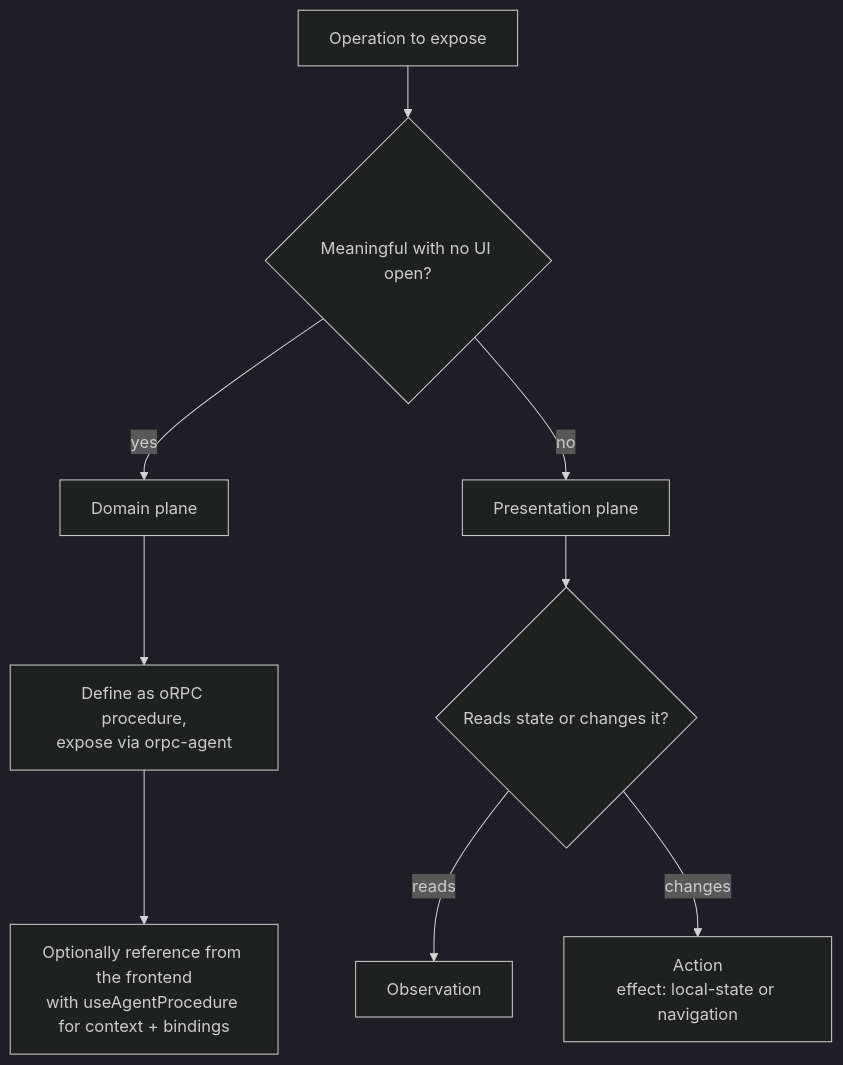
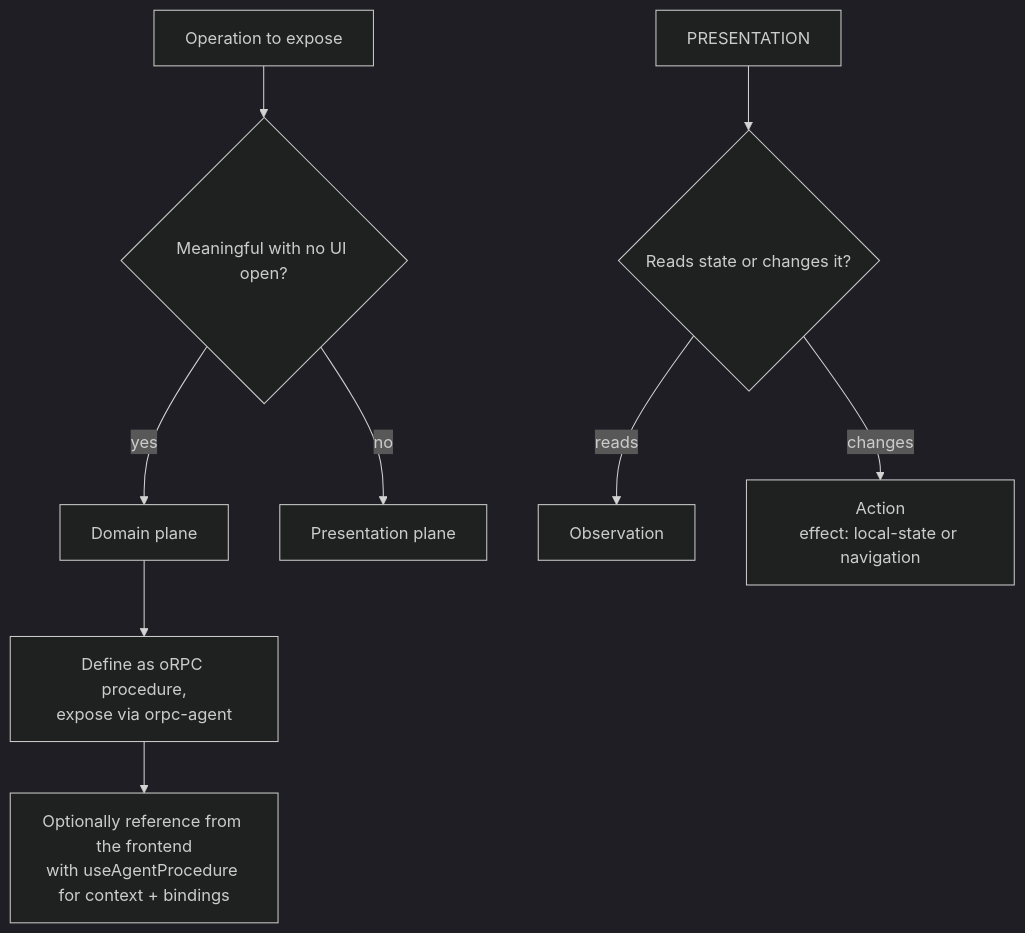
One commit to Wiseair-srl/agent-surface changed the diagram in docs/01-concepts.md. Above: the diagram before and after it, drawn with Mermaid (dark theme). The commit also changed other lines of this file and 55 other files, not shown here.

````diff
--- a/docs/01-concepts.md
+++ b/docs/01-concepts.md
@@ -46,11 +43,11 @@
 ```mermaid
 flowchart TD
     A[Operation to expose] --> B{Meaningful with no UI open?}
     B -- yes --> C[Domain plane]
     C --> C1[Define as oRPC procedure,\nexpose via orpc-agent]
     C1 --> C2[Optionally reference from the frontend\nwith useAgentProcedure for context + bindings]
     B -- no --> D[Presentation plane]
-    D --> D1{Reads state or changes it?}
-    D1 -- reads --> D2[Observation]
-    D1 -- changes --> D3[Action\neffect: local-state or navigation]
+    PRESENTATION --> KIND{Reads state or changes it?}
+    KIND -- reads --> OBSERVATION[Observation]
+    KIND -- changes --> ACTION[Action\neffect: local-state or navigation]
 ```
````
